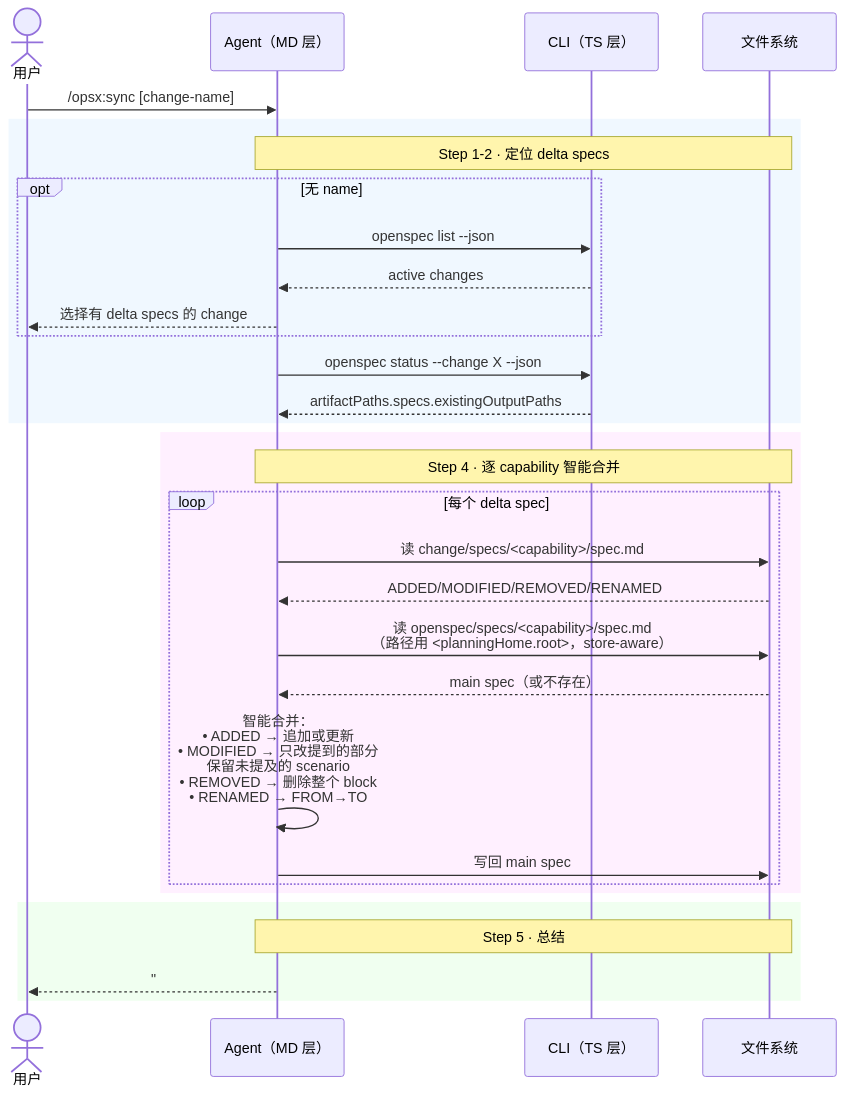
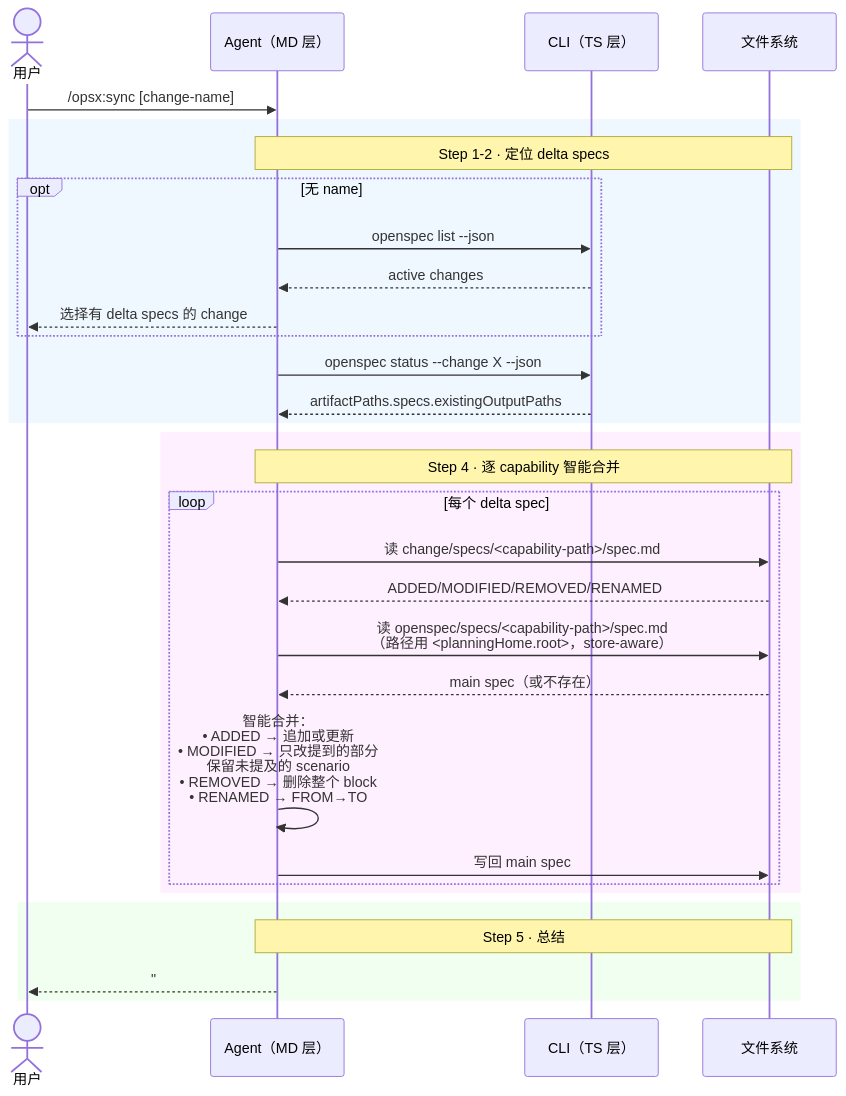
Before and after one commit to ethan-jiang-3/OpenSpec: the diagram in _digested/workflows/07-sync.md, drawn with Mermaid. The commit also changed other lines of this file and 85 other files, not shown here.

````diff
--- a/_digested/workflows/07-sync.md
+++ b/_digested/workflows/07-sync.md
@@ -39,37 +39,37 @@
 ```mermaid
 sequenceDiagram
     actor User as 用户
     participant MD as Agent（MD 层）
     participant TS as CLI（TS 层）
     participant FS as 文件系统
 
     User->>MD: /opsx:sync [change-name]
 
     rect rgb(240, 248, 255)
         Note over MD,FS: Step 1-2 · 定位 delta specs
         opt 无 name
             MD->>TS: openspec list --json
             TS-->>MD: active changes
             MD-->>User: 选择有 delta specs 的 change
         end
         MD->>TS: openspec status --change X --json
         TS-->>MD: artifactPaths.specs.existingOutputPaths
     end
 
     rect rgb(255, 240, 255)
         Note over MD,FS: Step 4 · 逐 capability 智能合并
         loop 每个 delta spec
-            MD->>FS: 读 change/specs/<capability>/spec.md
+            MD->>FS: 读 change/specs/<capability-path>/spec.md
             FS-->>MD: ADDED/MODIFIED/REMOVED/RENAMED
-            MD->>FS: 读 openspec/specs/<capability>/spec.md<br/>（路径用 <planningHome.root>，store-aware）
+            MD->>FS: 读 openspec/specs/<capability-path>/spec.md<br/>（路径用 <planningHome.root>，store-aware）
             FS-->>MD: main spec（或不存在）
             MD->>MD: 智能合并：<br/>• ADDED → 追加或更新<br/>• MODIFIED → 只改提到的部分<br/>  保留未提及的 scenario<br/>• REMOVED → 删除整个 block<br/>• RENAMED → FROM→TO
             MD->>FS: 写回 main spec
         end
     end
 
     rect rgb(240, 255, 240)
         Note over MD,FS: Step 5 · 总结
         MD-->>User: "## Specs Synced<br/>Updated: user-auth (+1 added, ~1 modified)<br/>Change remains active."
     end
 ```
````
